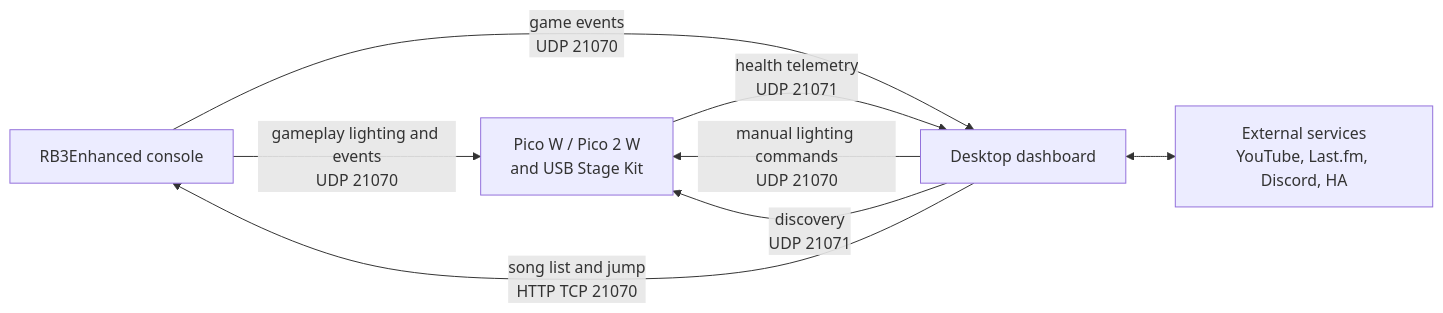
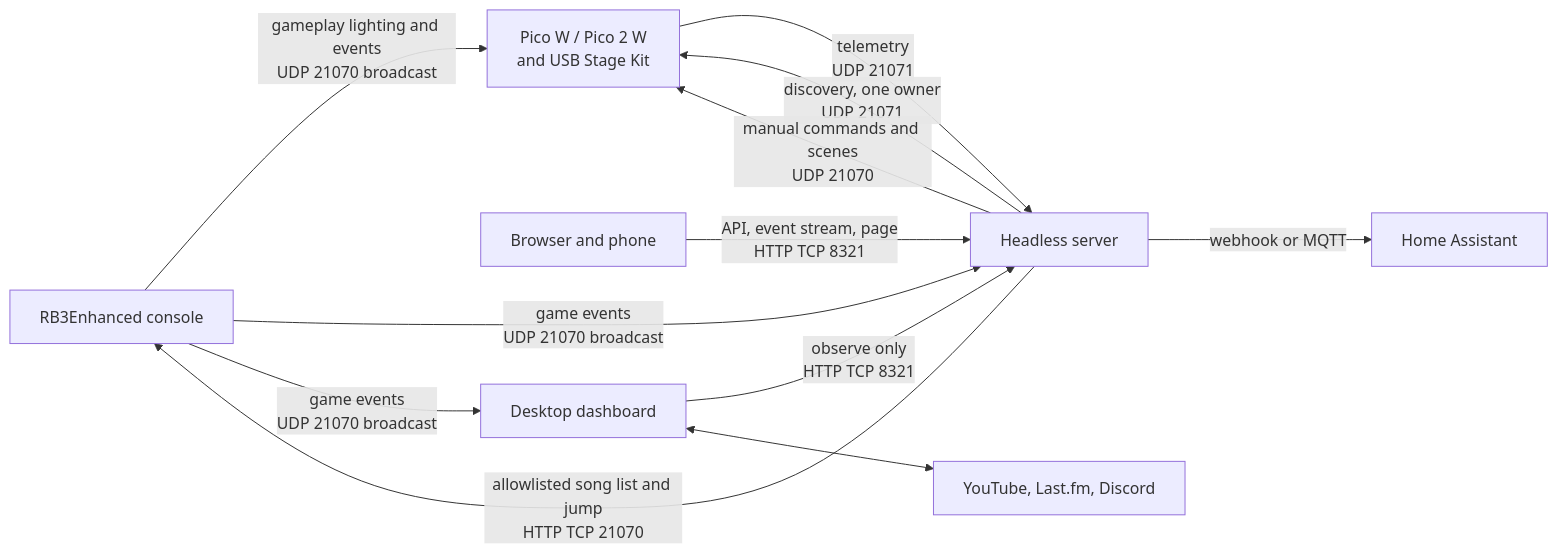
Before and after one commit to idio-sync/rb3e-stagekit-networked: the diagram in docs/dashboard-architecture.md, drawn with Mermaid. The commit also changed other lines of this file and 4 other files, not shown here.

First line of the commit message:
docs: document Stage 2 server architecture

````diff
--- a/docs/dashboard-architecture.md
+++ b/docs/dashboard-architecture.md
@@ -9,15 +13,22 @@
 ```mermaid
 flowchart LR
     C[RB3Enhanced console]
     P[Pico W / Pico 2 W<br/>and USB Stage Kit]
+    S[Headless server]
+    B[Browser and phone]
     D[Desktop dashboard]
-    X[External services<br/>YouTube, Last.fm, Discord, HA]
+    H[Home Assistant]
+    X[YouTube, Last.fm, Discord]
 
-    C -- "gameplay lighting and events<br/>UDP 21070" --> P
-    C -- "game events<br/>UDP 21070" --> D
-    D -- "manual lighting commands<br/>UDP 21070" --> P
-    D -- "discovery<br/>UDP 21071" --> P
-    P -- "health telemetry<br/>UDP 21071" --> D
-    D -- "song list and jump<br/>HTTP TCP 21070" --> C
+    C -- "gameplay lighting and events<br/>UDP 21070 broadcast" --> P
+    C -- "game events<br/>UDP 21070 broadcast" --> S
+    C -- "game events<br/>UDP 21070 broadcast" --> D
+    S -- "discovery, one owner<br/>UDP 21071" --> P
+    P -- "telemetry<br/>UDP 21071" --> S
+    S -- "manual commands and scenes<br/>UDP 21070" --> P
+    S -- "allowlisted song list and jump<br/>HTTP TCP 21070" --> C
+    B -- "API, event stream, page<br/>HTTP TCP 8321" --> S
+    S -- "webhook or MQTT" --> H
+    D -- "observe only<br/>HTTP TCP 8321" --> S
     D <--> X
 ```
````
